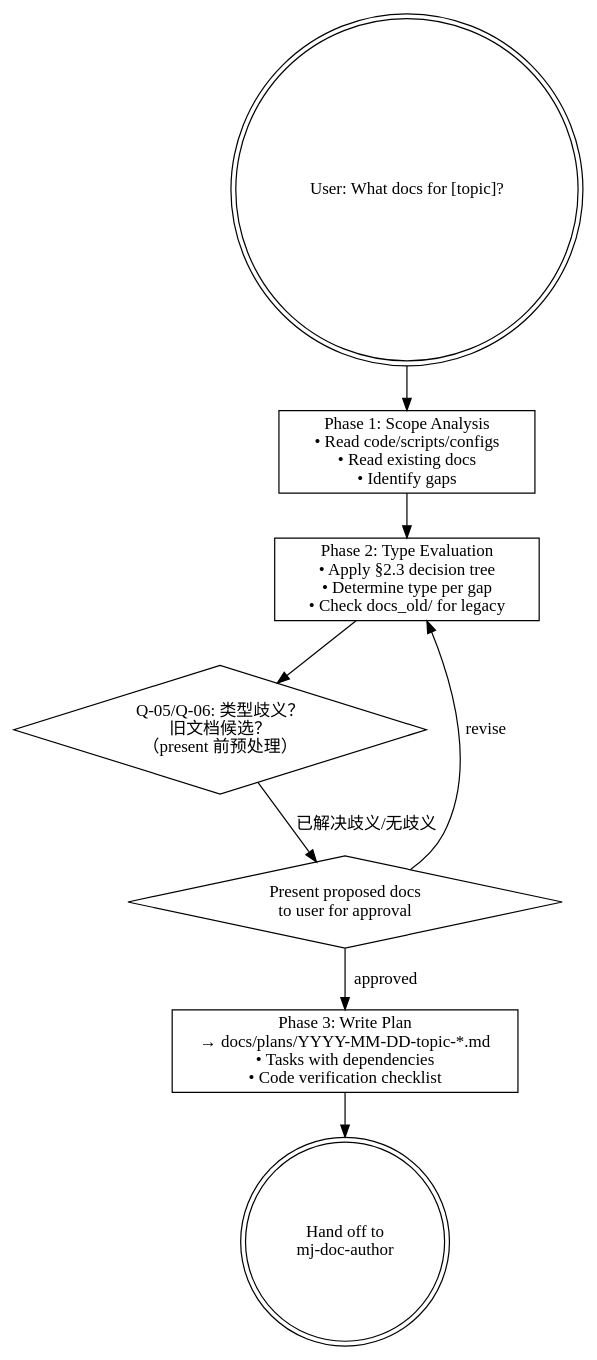
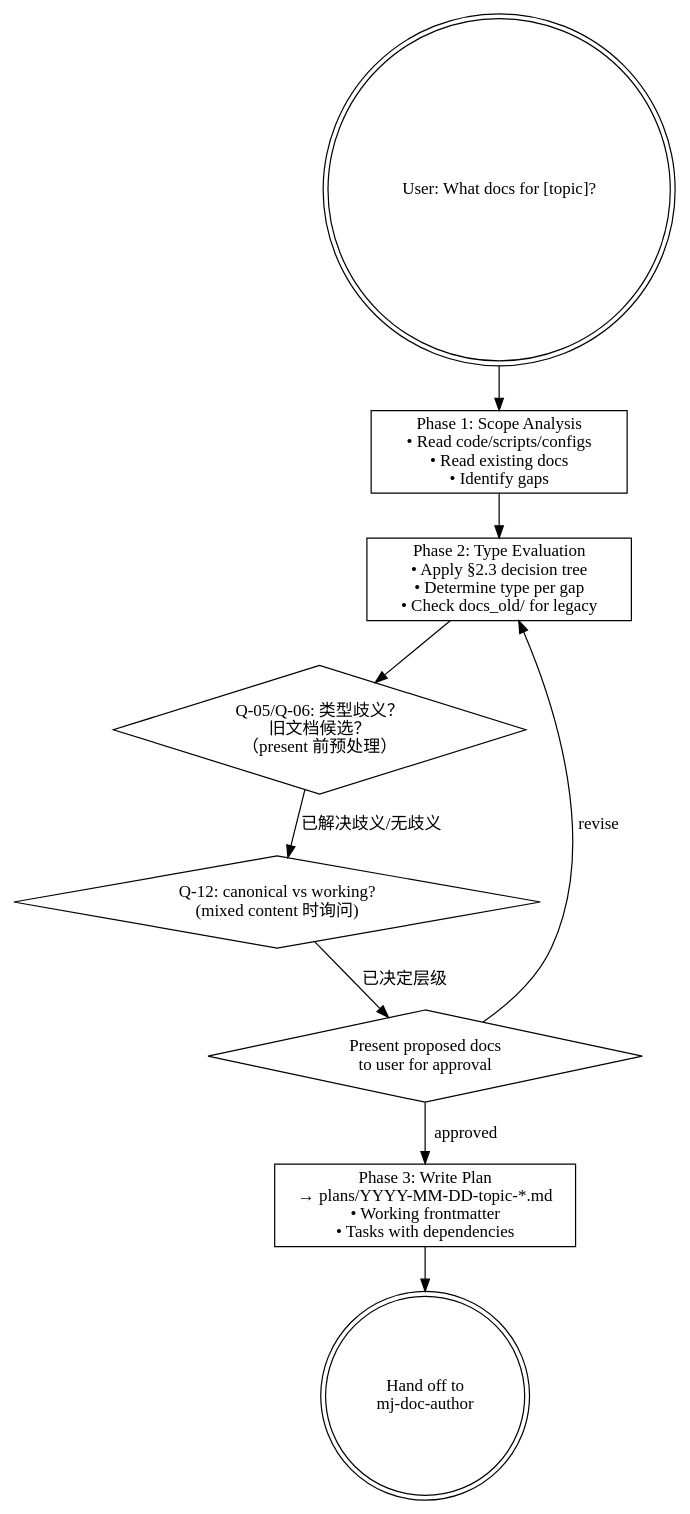
One commit to MJ-AgentLab/mj-agentlab-marketplace changed the diagram in plugins/mj-doc/skills/mj-doc-plan/SKILL.md. Above: the diagram before and after it, drawn with Graphviz. The commit also changed other lines of this file and 28 other files, not shown here.

````diff
--- a/plugins/mj-doc/skills/mj-doc-plan/SKILL.md
+++ b/plugins/mj-doc/skills/mj-doc-plan/SKILL.md
@@ -23,24 +23,27 @@
 ```dot
 digraph plan {
   rankdir=TB;
   input [label="User: What docs for [topic]?" shape=doublecircle];
 
   p1 [label="Phase 1: Scope Analysis\n• Read code/scripts/configs\n• Read existing docs\n• Identify gaps" shape=box];
 
   p2 [label="Phase 2: Type Evaluation\n• Apply §2.3 decision tree\n• Determine type per gap\n• Check docs_old/ for legacy" shape=box];
 
   q05q06 [label="Q-05/Q-06: 类型歧义？\n旧文档候选？\n（present 前预处理）" shape=diamond];
 
   present [label="Present proposed docs\nto user for approval" shape=diamond];
 
-  p3 [label="Phase 3: Write Plan\n→ docs/plans/YYYY-MM-DD-topic-*.md\n• Tasks with dependencies\n• Code verification checklist" shape=box];
+  q12 [label="Q-12: canonical vs working?\n(mixed content 时询问)" shape=diamond];
+
+  p3 [label="Phase 3: Write Plan\n→ plans/YYYY-MM-DD-topic-*.md\n• Working frontmatter\n• Tasks with dependencies" shape=box];
 
   handoff [label="Hand off to\nmj-doc-author" shape=doublecircle];
 
   input -> p1 -> p2 -> q05q06;
-  q05q06 -> present [label="已解决歧义/无歧义"];
+  q05q06 -> q12 [label="已解决歧义/无歧义"];
+  q12 -> present [label="已决定层级"];
   present -> p3 [label="approved"];
   present -> p2 [label="revise"];
   p3 -> handoff;
 }
 ```
````
